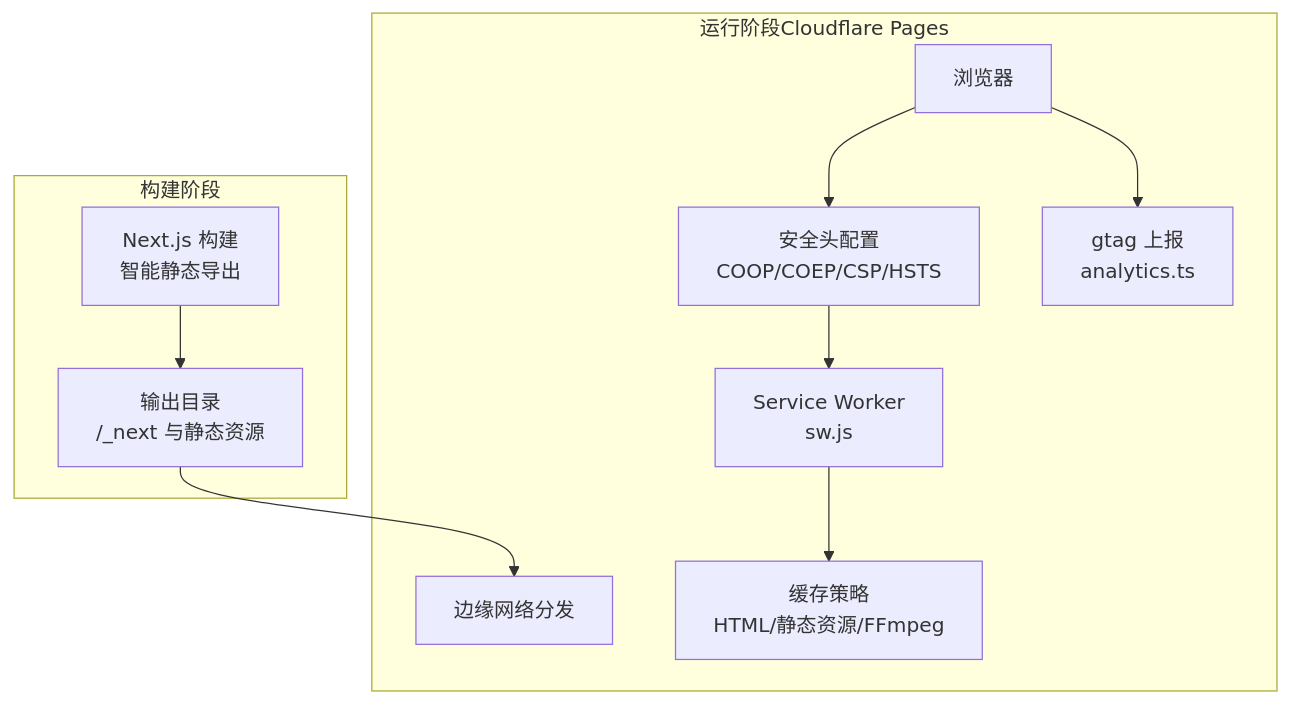
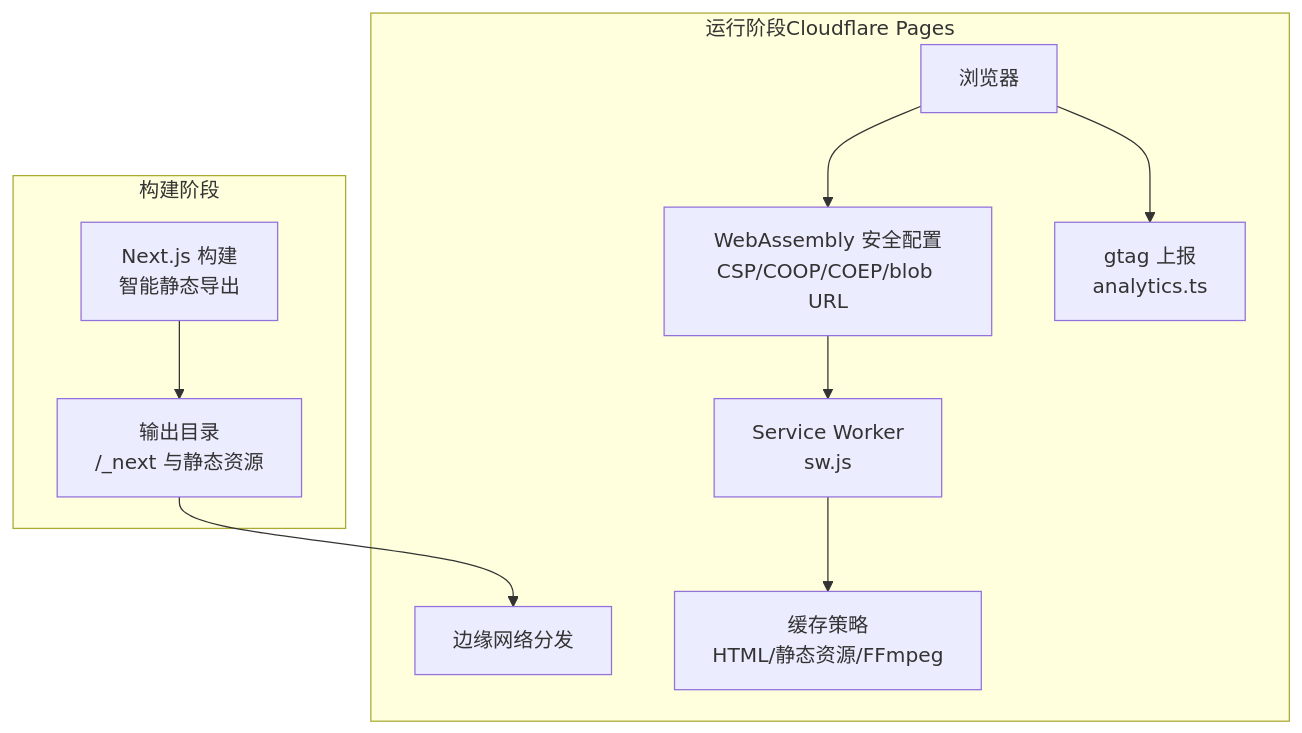
The second of 9 diagrams in .qoder/repowiki/zh/content/部署与维护.md (sgyy/privadeck), drawn with Mermaid before and after one commit. The commit also changed other lines of this file and 3 other files, not shown here.

````diff
--- a/.qoder/repowiki/zh/content/部署与维护.md
+++ b/.qoder/repowiki/zh/content/部署与维护.md
@@ -100,13 +107,13 @@
 ```mermaid
 graph TB
 subgraph "构建阶段"
 N["Next.js 构建<br/>智能静态导出"] --> O["输出目录<br/>/_next 与静态资源"]
 end
 subgraph "运行阶段Cloudflare Pages"
 O --> P["边缘网络分发"]
-Q["浏览器"] --> R["安全头配置<br/>COOP/COEP/CSP/HSTS"]
+Q["浏览器"] --> R["WebAssembly 安全配置<br/>CSP/COOP/COEP/blob URL"]
 R --> S["Service Worker<br/>sw.js"]
 S --> T["缓存策略<br/>HTML/静态资源/FFmpeg"]
 Q --> U["gtag 上报<br/>analytics.ts"]
 end
 ```
````
